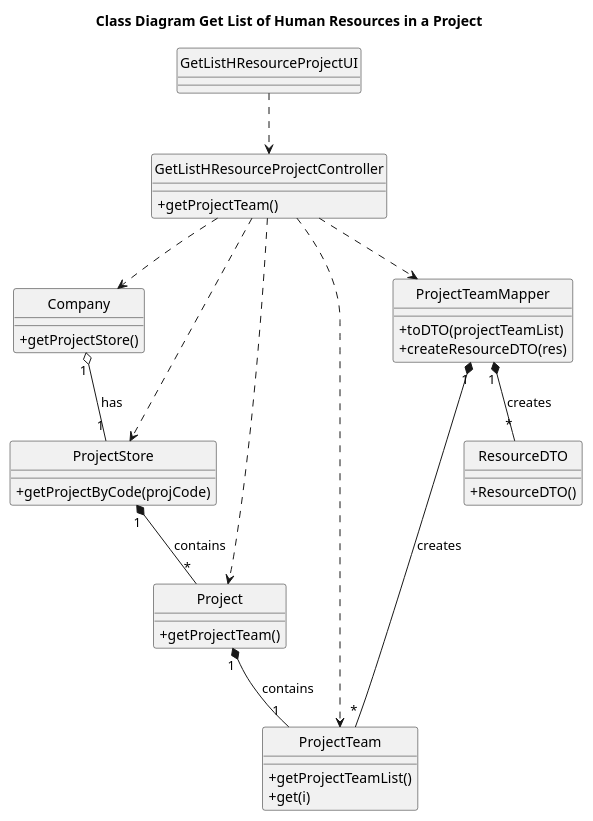
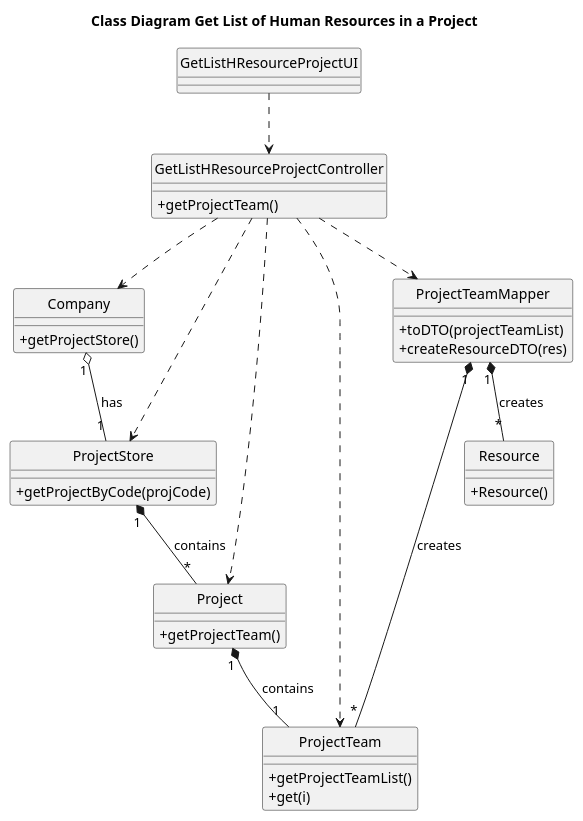
The diagram in docs/Sprint3/US028/US028-CD.puml (nunogon1211787/projectManagement), drawn with PlantUML before and after one commit. The commit also changed 11 other files, not shown here.

```diff
--- a/docs/Sprint3/US028/US028-CD.puml
+++ b/docs/Sprint3/US028/US028-CD.puml
@@ -1,58 +1,58 @@
 @startuml
 'https://plantuml.com/class-diagram
 
 hide circle
 skinparam classAttributeIconSize 0
 
 title Class Diagram Get List of Human Resources in a Project
 
 class GetListHResourceProjectUI {
 
 }
 
 class GetListHResourceProjectController {
     +getProjectTeam()
 }
 
 class Company {
     +getProjectStore()
 }
 
 class ProjectStore {
     +getProjectByCode(projCode)
 }
 
 class Project {
     +getProjectTeam()
 }
 
 class ProjectTeam {
     +getProjectTeamList()
     +get(i)
 }
 
 class ProjectTeamMapper {
     +toDTO(projectTeamList)
     +createResourceDTO(res)
 }
 
-class ResourceDTO {
-    +ResourceDTO()
+class Resource {
+    +Resource()
 }
 
 GetListHResourceProjectUI ..> GetListHResourceProjectController
 
 GetListHResourceProjectController ..> ProjectTeam
 GetListHResourceProjectController ..> Company
 GetListHResourceProjectController ..> ProjectStore
 GetListHResourceProjectController ..> Project
 GetListHResourceProjectController ..> ProjectTeamMapper
 
 
 'GetListHResourceProjectController -> Company
 Company "1" o-- "1" ProjectStore: has
 ProjectStore"1" *-- "*"Project: contains
 Project"1" *-- "1"ProjectTeam: contains
-ProjectTeamMapper "1" *-- "*"ResourceDTO: creates
+ProjectTeamMapper "1" *-- "*"Resource: creates
 ProjectTeamMapper "1" *-- "*"ProjectTeam: creates
 @enduml
```
